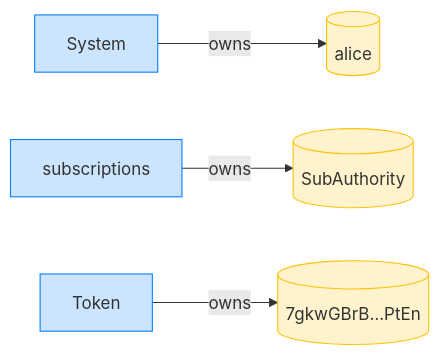
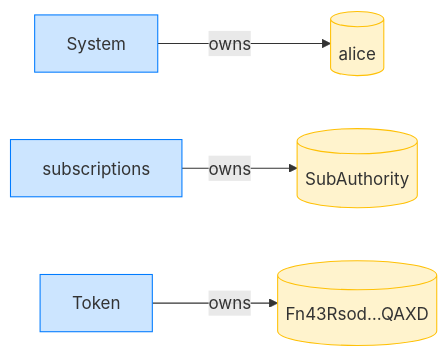
Before and after one commit to cds-rs/subscriptions: the fourth of 12 diagrams in dsl_tests/recurring-transfer-after-expiry-is-refused.md, drawn with Mermaid. The commit also changed other lines of this file and 224 other files, not shown here.

````diff
--- a/dsl_tests/recurring-transfer-after-expiry-is-refused.md
+++ b/dsl_tests/recurring-transfer-after-expiry-is-refused.md
@@ -73,14 +78,14 @@
 ```mermaid
 flowchart LR
     classDef owner fill:#cce5ff,stroke:#007bff;
     classDef account fill:#fff3cd,stroke:#ffc107;
     System[System]:::owner
     alice[(alice)]:::account
     subscriptions[subscriptions]:::owner
     SubAuthority[(SubAuthority)]:::account
     Token[Token]:::owner
-    7gkwGBrB_PtEn[("7gkwGBrB…PtEn")]:::account
+    Fn43Rsod_QAXD[("Fn43Rsod…QAXD")]:::account
     System -->|owns| alice
     subscriptions -->|owns| SubAuthority
-    Token -->|owns| 7gkwGBrB_PtEn
+    Token -->|owns| Fn43Rsod_QAXD
 ```
````
